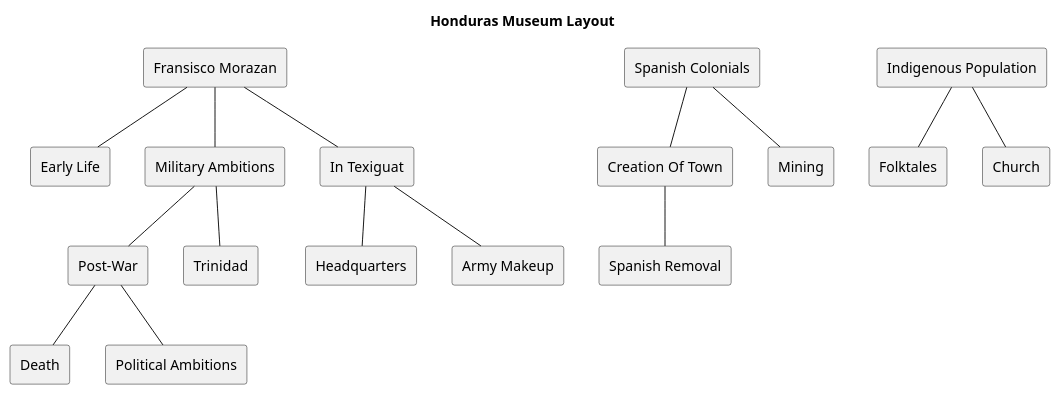
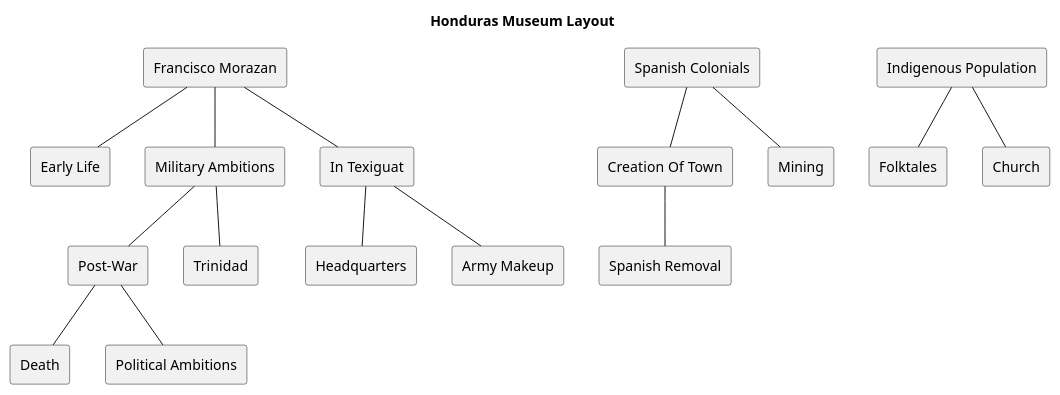
The diagram in hondurasMuseumLayout.puml (MSOE-Honors-Texiguat/museum-website), drawn with PlantUML before and after one commit.

Commit message:
update puml, fixup later

```diff
--- a/hondurasMuseumLayout.puml
+++ b/hondurasMuseumLayout.puml
@@ -1,51 +1,51 @@
 @startuml hondurasMuseumLayout
 
 title Honduras Museum Layout
 
 ' Top row - Main themes
-rectangle "Fransisco Morazan" as fransisco
+rectangle "Francisco Morazan" as francisco
 rectangle "Spanish Colonials" as colonials
 rectangle "Indigenous Population" as indigenous
 
 ' Second row - Historical periods and topics
 rectangle "Early Life" as earlylife
 rectangle "Military Ambitions" as military
 rectangle "In Texiguat" as texiguat
 rectangle "Creation Of Town" as creation
 rectangle "Mining" as mining
 rectangle "Folktales" as folk
 rectangle "Church" as church
 
 ' Third row - Post-colonial period
 rectangle "Post-War" as postwar
 rectangle "Trinidad" as trinidad
 rectangle "Headquarters" as headquarters
 rectangle "Army Makeup" as army
 rectangle "Spanish Removal" as removal
 
 ' Bottom row - Final themes
 rectangle "Death" as death
 rectangle "Political Ambitions" as political
 
 ' Vertical alignment
-fransisco -down- military
-fransisco -down- earlylife
-fransisco -down- texiguat
+francisco -down- military
+francisco -down- earlylife
+francisco -down- texiguat
 
 military -down- postwar
 military -down- trinidad
 
 texiguat -down- headquarters
 texiguat -down- army
 
 postwar -down- death
 postwar -down- political
 
 colonials -down- creation
 colonials -down- mining
 
 creation -down- removal
 
 indigenous -down- folk
 indigenous -down- church
 @enduml
```
